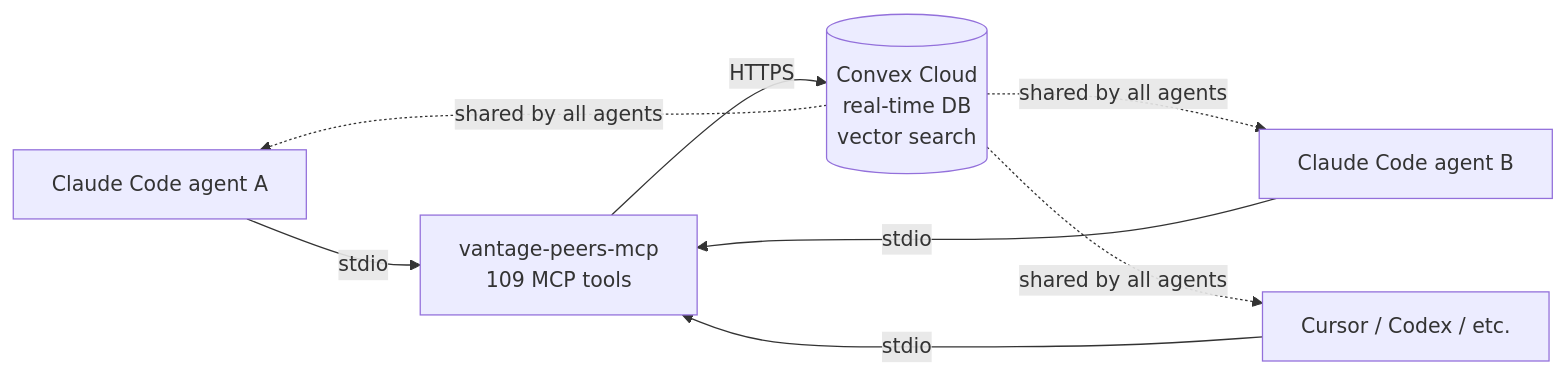
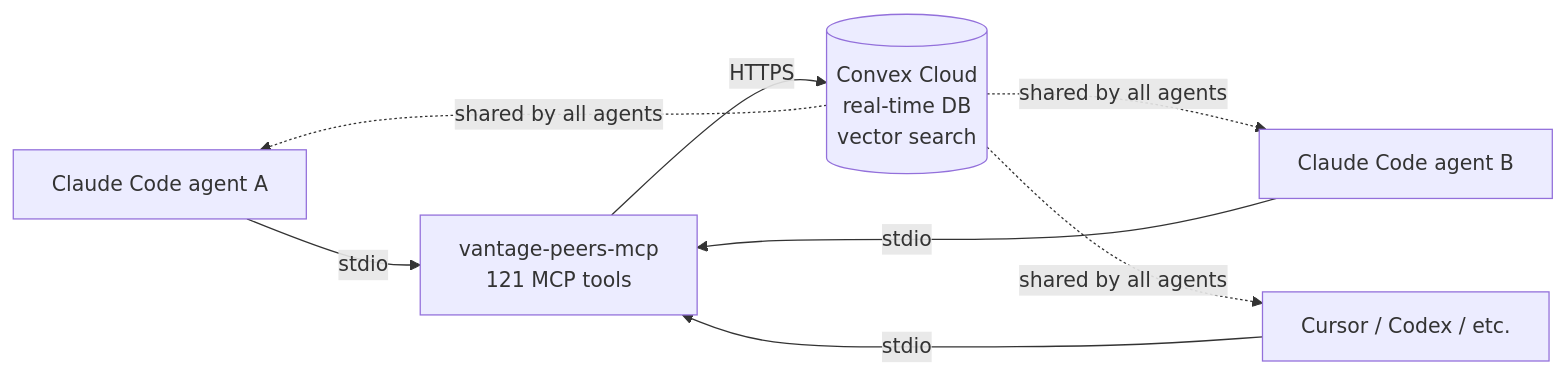
Before and after one commit to vantageos-agency/vantage-peers: the diagram in README.md, drawn with Mermaid. The commit also changed other lines of this file, not shown here.

````diff
--- a/README.md
+++ b/README.md
@@ -50,11 +50,11 @@
 ```mermaid
 flowchart LR
     A1[Claude Code agent A] -->|stdio| MCP
     A2[Claude Code agent B] -->|stdio| MCP
     A3[Cursor / Codex / etc.] -->|stdio| MCP
-    MCP[vantage-peers-mcp<br/>109 MCP tools] -->|HTTPS| Convex
+    MCP[vantage-peers-mcp<br/>121 MCP tools] -->|HTTPS| Convex
     Convex[(Convex Cloud<br/>real-time DB<br/>vector search)]
     Convex -.shared by all agents.-> A1
     Convex -.shared by all agents.-> A2
     Convex -.shared by all agents.-> A3
 ```
````
